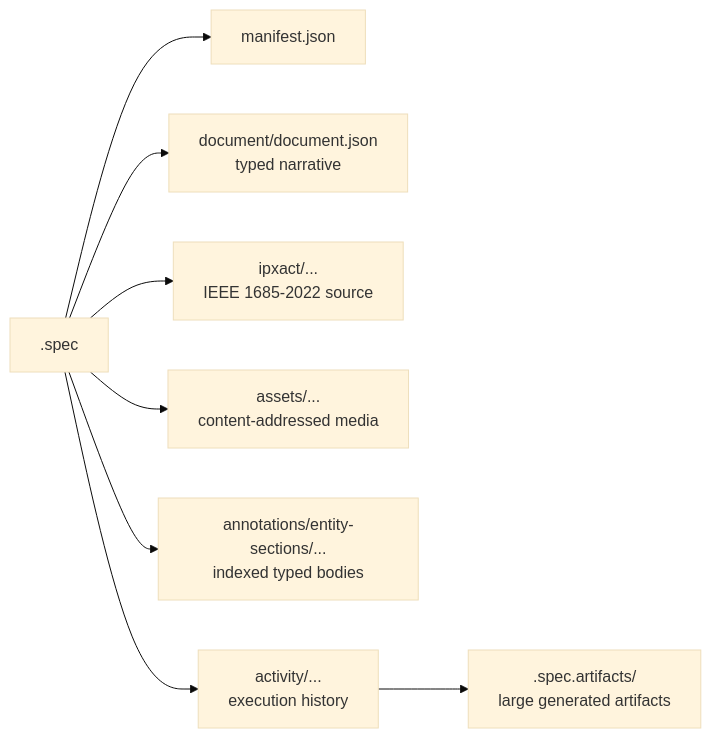
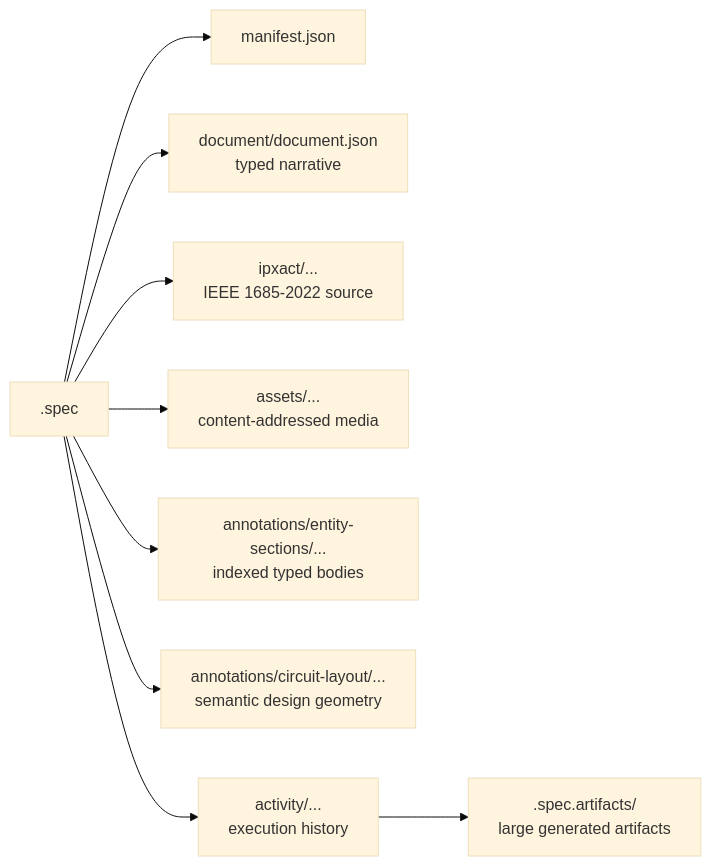
One commit to ankdesh/spec2gds changed the second of 3 diagrams in docs/architecture.md. Above: the diagram before and after it, drawn with Mermaid (base theme). The commit also changed other lines of this file and 48 other files, not shown here.

````diff
--- a/docs/architecture.md
+++ b/docs/architecture.md
@@ -71,10 +71,11 @@
 ```mermaid
 flowchart LR
     P[".spec"] --> M["manifest.json"]
     P --> N["document/document.json<br/>typed narrative"]
     P --> X["ipxact/...<br/>IEEE 1685-2022 source"]
     P --> A["assets/...<br/>content-addressed media"]
     P --> E["annotations/entity-sections/...<br/>indexed typed bodies"]
+    P --> C["annotations/circuit-layout/...<br/>semantic design geometry"]
     P --> H["activity/...<br/>execution history"]
     H --> S[".spec.artifacts/<br/>large generated artifacts"]
 ```
````
